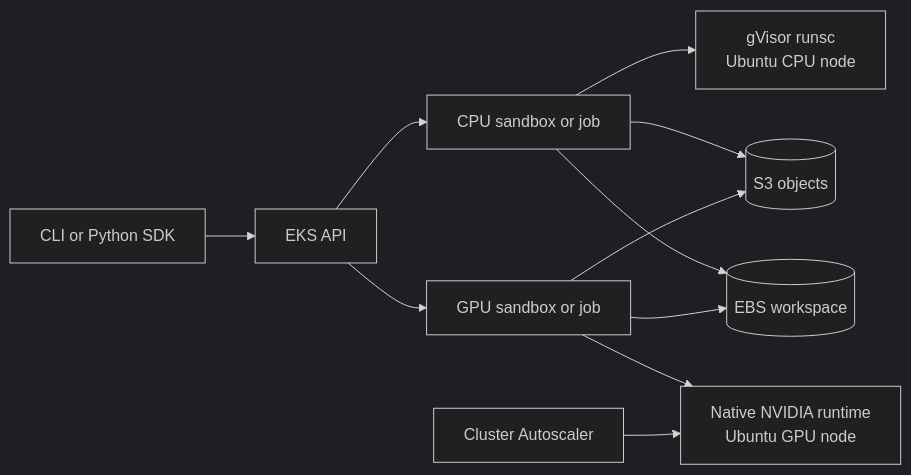
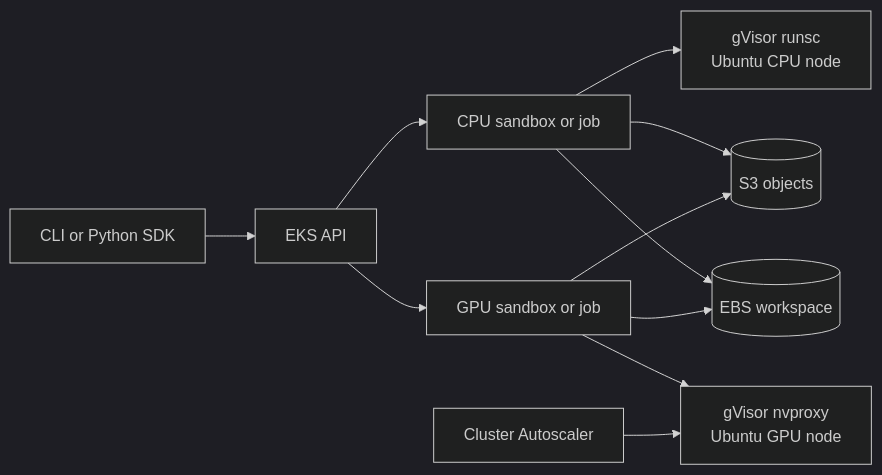
Before and after one commit to vizpageai/aws-gvisor-sandbox: the diagram in README.md, drawn with Mermaid (dark theme). The commit also changed other lines of this file and 25 other files, not shown here.

Commit message:
feat: isolate untrusted GPU workloads with gVisor nvproxy

````diff
--- a/README.md
+++ b/README.md
@@ -28,13 +31,13 @@
 ```mermaid
 flowchart LR
     U[CLI or Python SDK] --> E[EKS API]
     E --> C[CPU sandbox or job]
     E --> G[GPU sandbox or job]
     C --> R[gVisor runsc\nUbuntu CPU node]
-    G --> N[Native NVIDIA runtime\nUbuntu GPU node]
+    G --> N[gVisor nvproxy\nUbuntu GPU node]
     A[Cluster Autoscaler] --> N
     C --> S[(S3 objects)]
     C --> B[(EBS workspace)]
     G --> S
     G --> B
 ```
````
